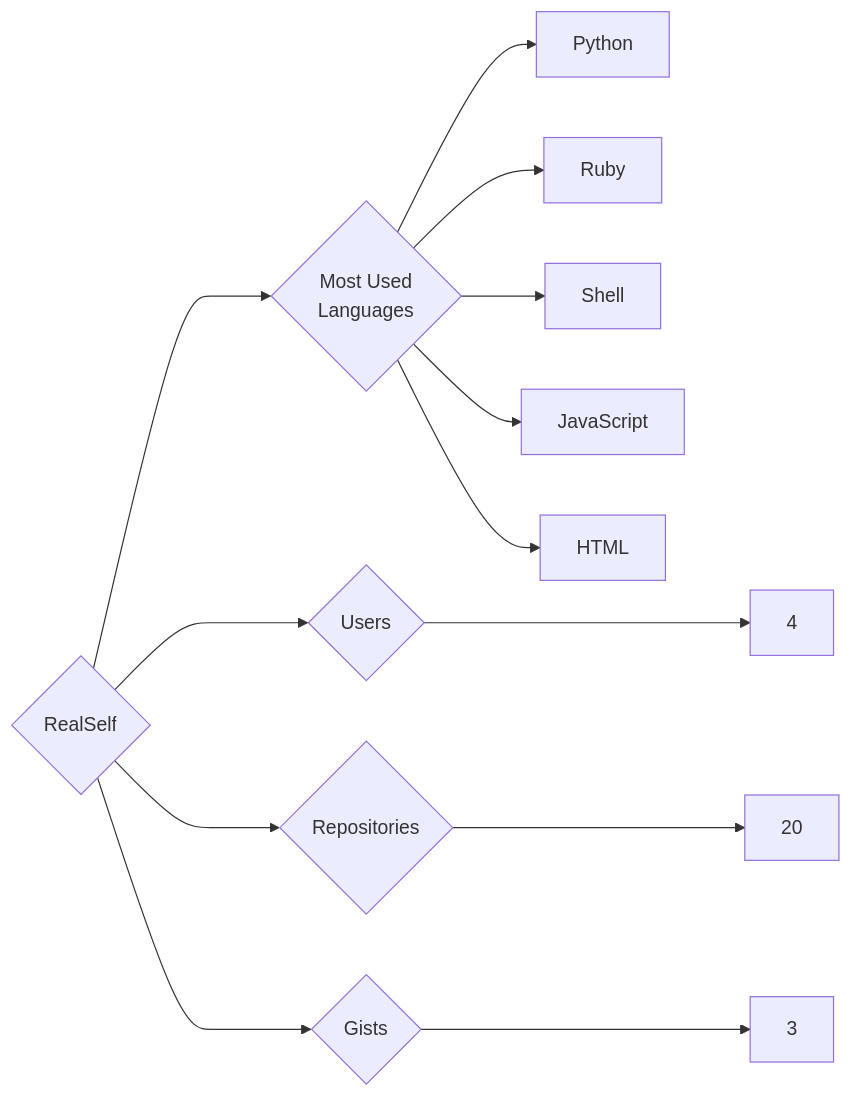
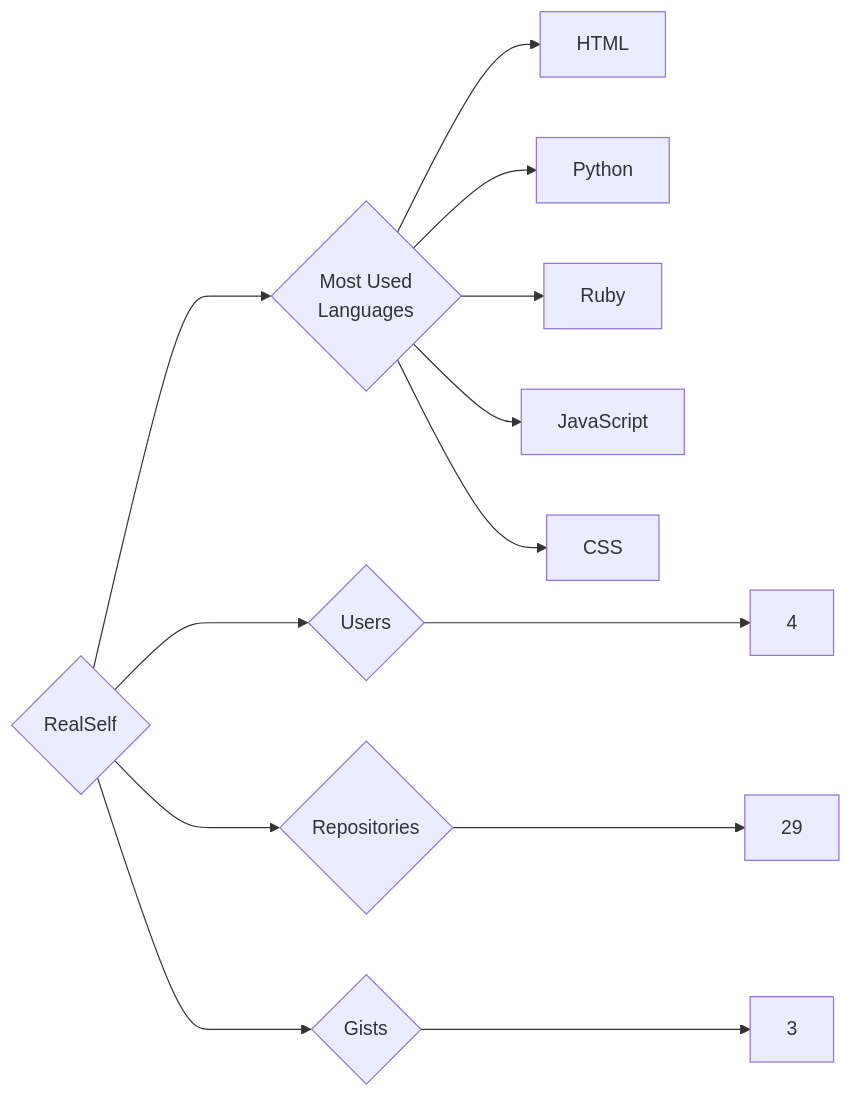
The diagram in targets/RealSelf/README.md (trickest/insiders), drawn with Mermaid before and after one commit. The commit also changed 964 other files, not shown here.

````diff
--- a/targets/RealSelf/README.md
+++ b/targets/RealSelf/README.md
@@ -3,13 +3,13 @@
 ```mermaid
 graph LR
 COMPANY_NAME{RealSelf}
 COMPANY_NAME ---> U{Users} ---> UN[4]
-COMPANY_NAME ---> R{Repositories} ---> RN[20]
+COMPANY_NAME ---> R{Repositories} ---> RN[29]
 COMPANY_NAME ---> G{Gists} ---> GN[3]
 COMPANY_NAME ---> ML{Most Used<br>Languages}
+ML --> HTML[HTML]
 ML --> Python[Python]
 ML --> Ruby[Ruby]
-ML --> Shell[Shell]
 ML --> JavaScript[JavaScript]
-ML --> HTML[HTML]
+ML --> CSS[CSS]
 ```
````
